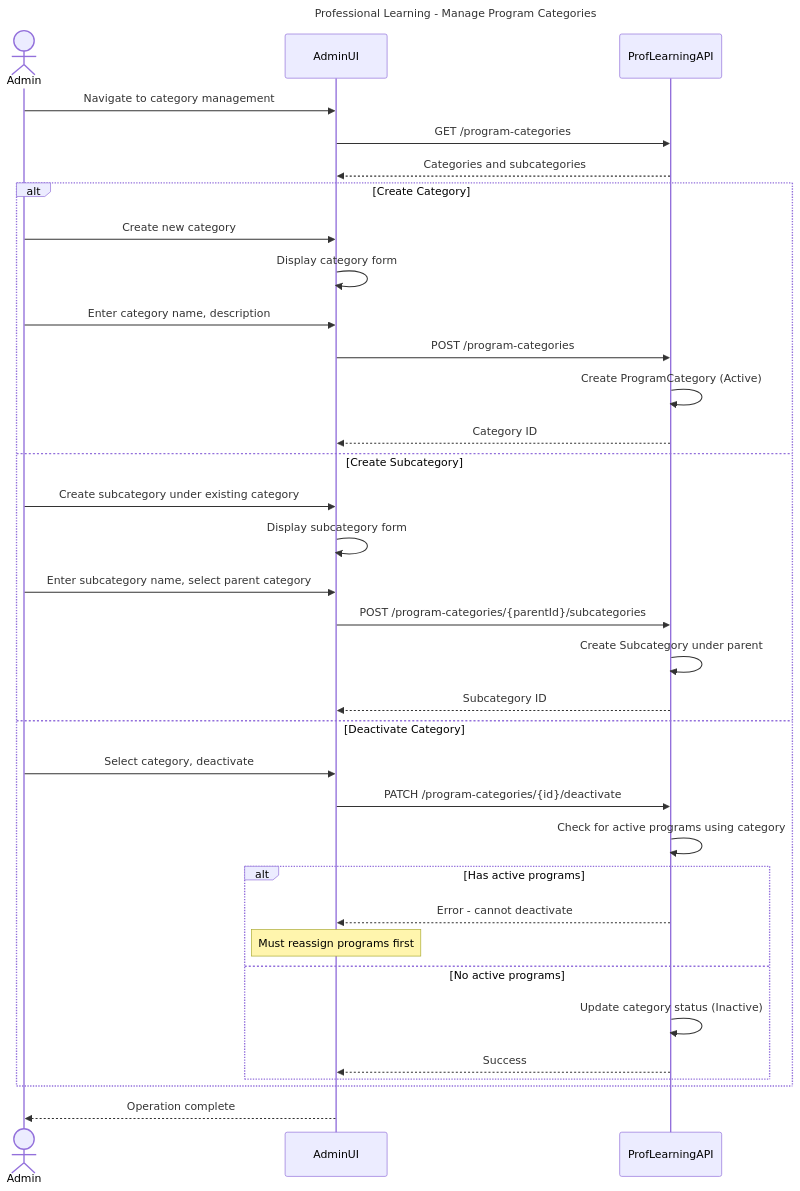
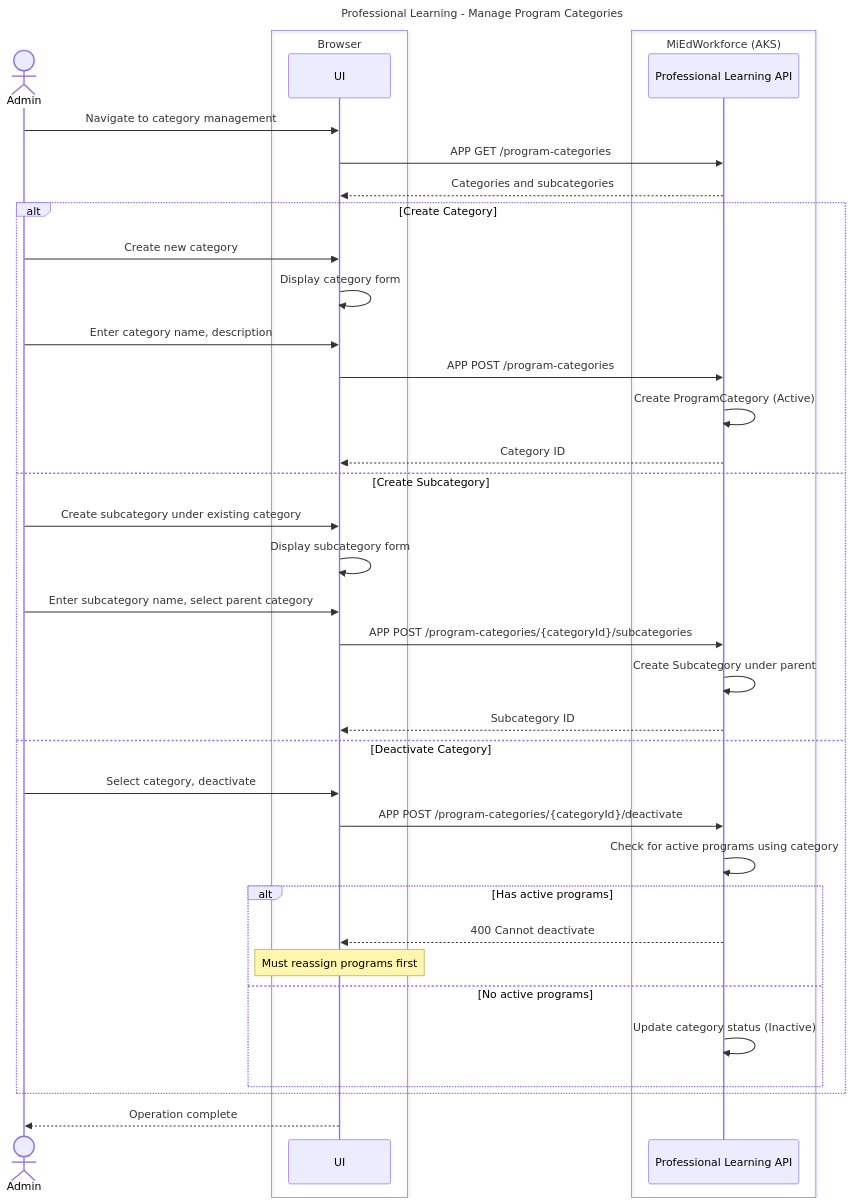
Before and after one commit to mnichols-dl/mied-design: the eighth of 10 diagrams in working-docs/solution-areas/proflearning/proflearning-sequences.md, drawn with Mermaid. The commit also changed other lines of this file and 34 other files, not shown here.

Commit message:
Update sequences and perform RTM assessment

````diff
--- a/working-docs/solution-areas/proflearning/proflearning-sequences.md
+++ b/working-docs/solution-areas/proflearning/proflearning-sequences.md
@@ -438,42 +461,45 @@
 ```mermaid
 ---
 title: Professional Learning - Manage Program Categories
 ---
 sequenceDiagram
     actor Admin
-    participant AdminUI
-    participant ProfLearningAPI
-    
-    Admin->>AdminUI: Navigate to category management
-    AdminUI->>ProfLearningAPI: GET /program-categories
-    ProfLearningAPI-->>AdminUI: Categories and subcategories
-    
+    box Browser
+        participant UI as UI
+    end
+    box MiEdWorkforce (AKS)
+        participant ProfLearningApi as Professional Learning API
+    end
+
+    Admin->>UI: Navigate to category management
+    UI->>ProfLearningApi: APP GET /program-categories
+    ProfLearningApi-->>UI: Categories and subcategories
+
     alt Create Category
-        Admin->>AdminUI: Create new category
-        AdminUI->>AdminUI: Display category form
-        Admin->>AdminUI: Enter category name, description
-        AdminUI->>ProfLearningAPI: POST /program-categories
-        ProfLearningAPI->>ProfLearningAPI: Create ProgramCategory (Active)
-        ProfLearningAPI-->>AdminUI: Category ID
+        Admin->>UI: Create new category
+        UI->>UI: Display category form
+        Admin->>UI: Enter category name, description
+        UI->>ProfLearningApi: APP POST /program-categories
+        ProfLearningApi->>ProfLearningApi: Create ProgramCategory (Active)
+        ProfLearningApi-->>UI: Category ID
     else Create Subcategory
-        Admin->>AdminUI: Create subcategory under existing category
-        AdminUI->>AdminUI: Display subcategory form
-        Admin->>AdminUI: Enter subcategory name, select parent category
-        AdminUI->>ProfLearningAPI: POST /program-categories/{parentId}/subcategories
-        ProfLearningAPI->>ProfLearningAPI: Create Subcategory under parent
-        ProfLearningAPI-->>AdminUI: Subcategory ID
+        Admin->>UI: Create subcategory under existing category
+        UI->>UI: Display subcategory form
+        Admin->>UI: Enter subcategory name, select parent category
+        UI->>ProfLearningApi: APP POST /program-categories/{categoryId}/subcategories
+        ProfLearningApi->>ProfLearningApi: Create Subcategory under parent
+        ProfLearningApi-->>UI: Subcategory ID
     else Deactivate Category
-        Admin->>AdminUI: Select category, deactivate
-        AdminUI->>ProfLearningAPI: PATCH /program-categories/{id}/deactivate
-        ProfLearningAPI->>ProfLearningAPI: Check for active programs using category
+        Admin->>UI: Select category, deactivate
+        UI->>ProfLearningApi: APP POST /program-categories/{categoryId}/deactivate
+        ProfLearningApi->>ProfLearningApi: Check for active programs using category
         alt Has active programs
-            ProfLearningAPI-->>AdminUI: Error - cannot deactivate
-            Note over AdminUI: Must reassign programs first
+            ProfLearningApi-->>UI: 400 Cannot deactivate
+            Note over UI: Must reassign programs first
         else No active programs
-            ProfLearningAPI->>ProfLearningAPI: Update category status (Inactive)
-            ProfLearningAPI-->>AdminUI: Success
+            ProfLearningApi->>ProfLearningApi: Update category status (Inactive)
         end
     end
-    
-    AdminUI-->>Admin: Operation complete
+
+    UI-->>Admin: Operation complete
 ```
````
